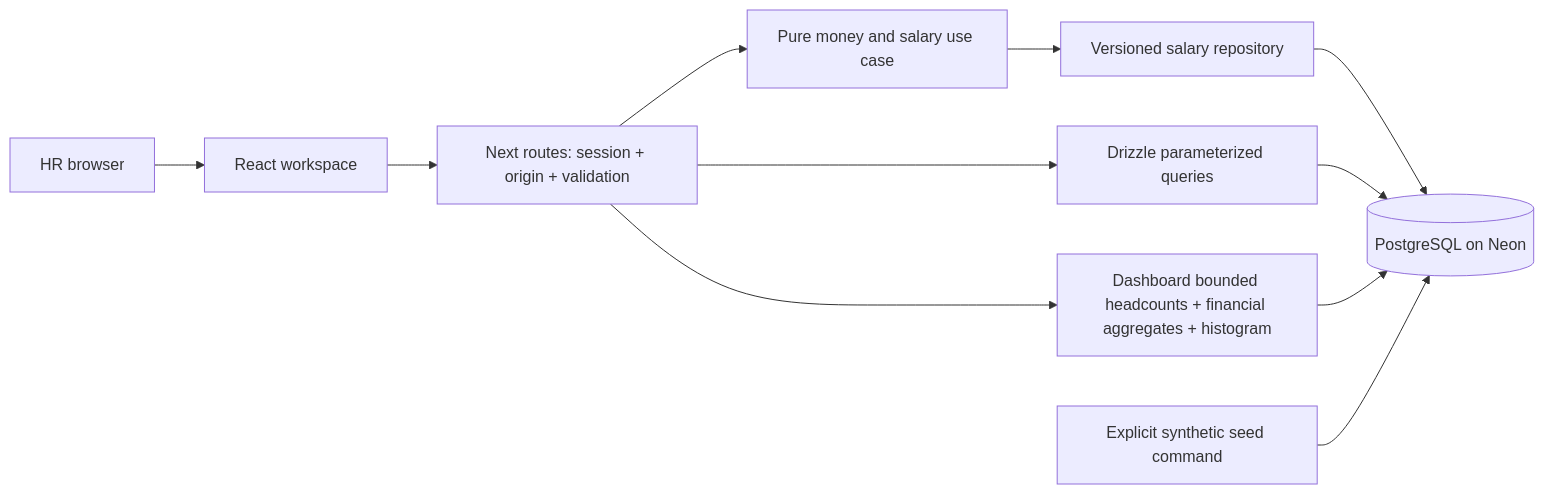
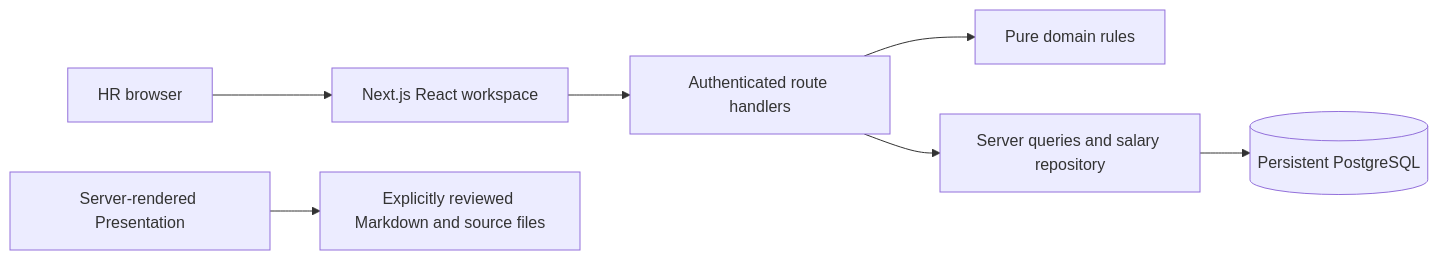
The first of 3 diagrams in docs/ENGINEERING.md (Ayuxh-Pratap/incubyte-salary-desk), drawn with Mermaid before and after one commit. The commit also changed other lines of this file and 21 other files, not shown here.

````diff
--- a/docs/ENGINEERING.md
+++ b/docs/ENGINEERING.md
@@ -19,13 +11,9 @@
 ```mermaid
 flowchart LR
- HR[HR browser] --> UI[React workspace]
- UI --> API[Next routes: session + origin + validation]
- API --> Domain[Pure money and salary use case]
- API --> Queries[Drizzle parameterized queries]
- Domain --> Adapter[Versioned salary repository]
- Adapter --> DB[(PostgreSQL on Neon)]
- Queries --> DB
- API --> Dashboard[Dashboard bounded headcounts + financial aggregates + histogram]
- Dashboard --> DB
- Seed[Explicit synthetic seed command] --> DB
+  HR[HR browser] --> UI[Next.js React workspace]
+  UI --> API[Authenticated route handlers]
+  API --> Rules[Pure domain rules]
+  API --> Queries[Server queries and salary repository]
+  Queries --> PG[(Persistent PostgreSQL)]
+  Report[Server-rendered Presentation] --> Files[Explicitly reviewed Markdown and source files]
 ```
````
